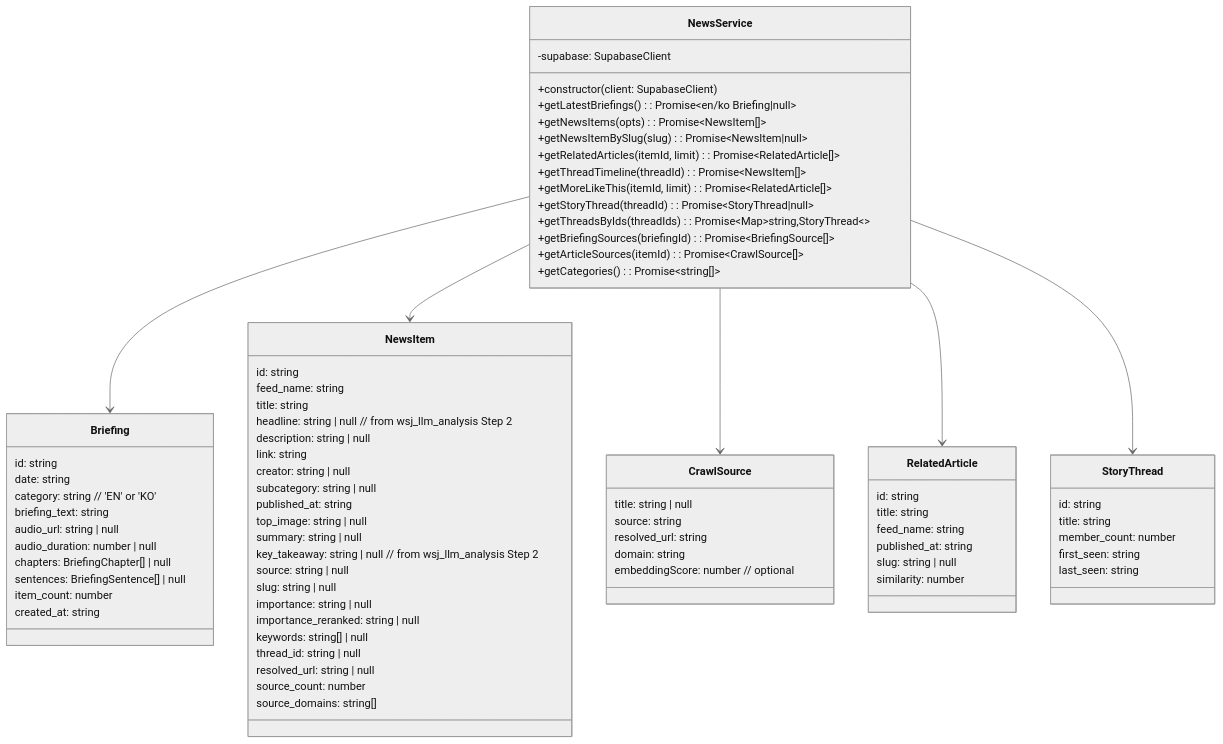
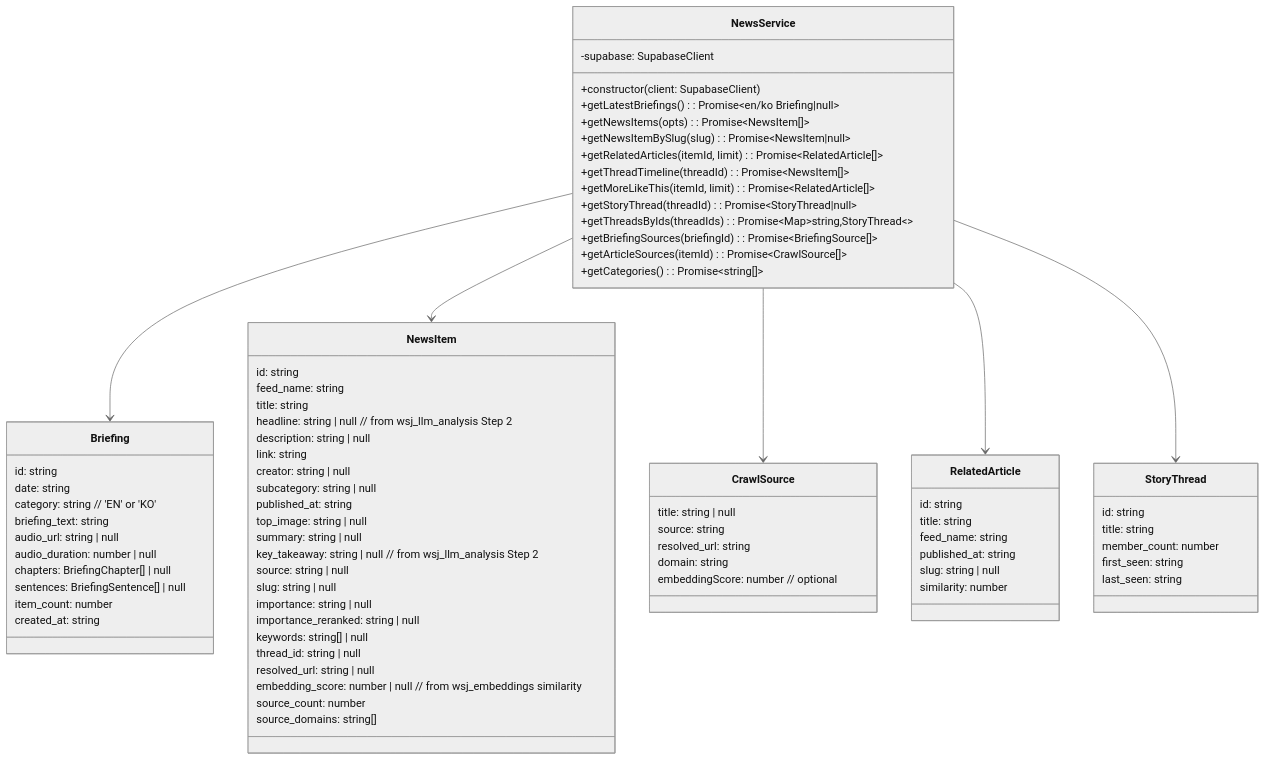
Before and after one commit to choym92/araverus: the fifth of 6 diagrams in docs/2-news-frontend.md, drawn with Mermaid (neutral theme). The commit also changed other lines of this file and 17 other files, not shown here.

```diff
--- a/docs/2-news-frontend.md
+++ b/docs/2-news-frontend.md
@@ -612,6 +613,7 @@
         keywords: string[] | null
         thread_id: string | null
         resolved_url: string | null
+        embedding_score: number | null // from wsj_embeddings similarity
         source_count: number
         source_domains: string[]
     }
```
